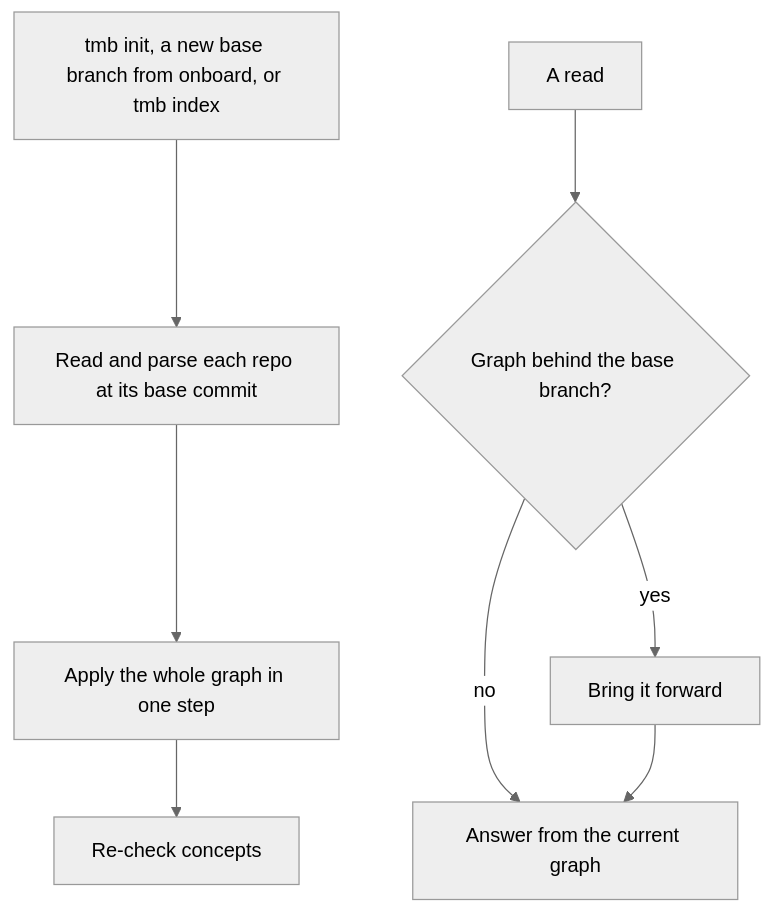
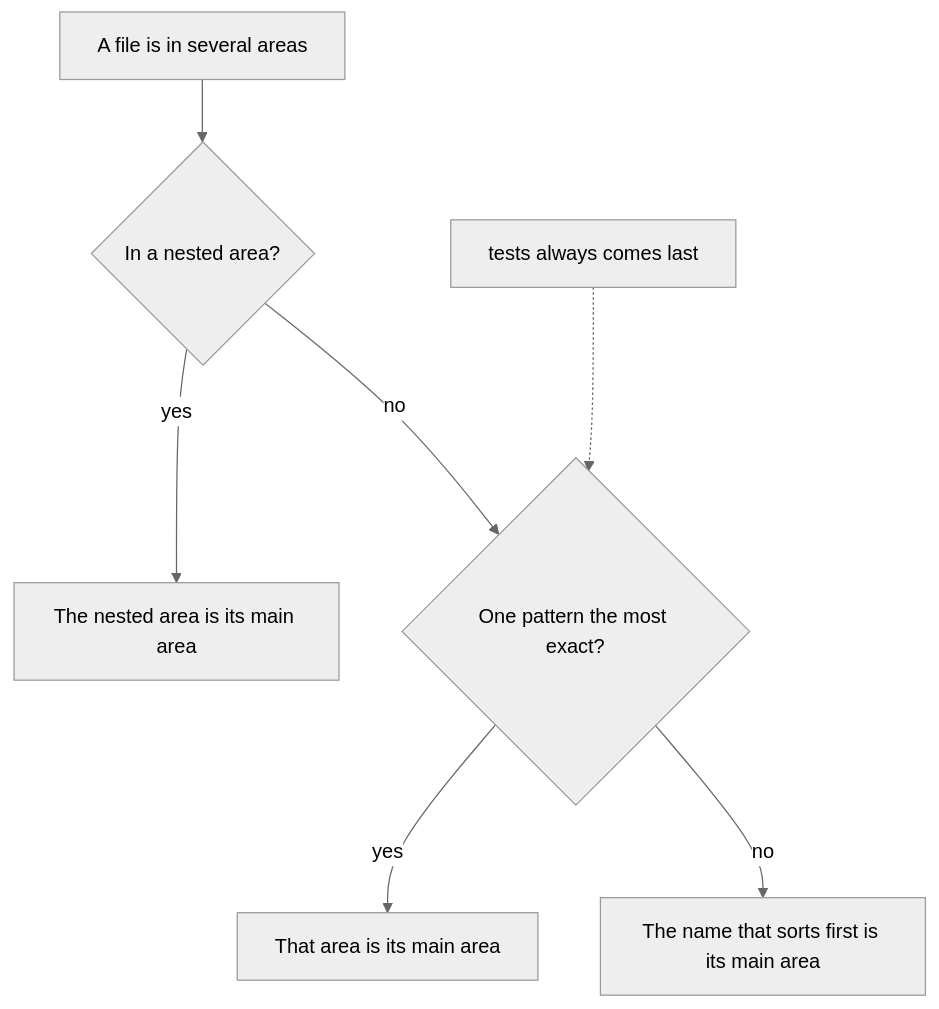
Before and after one commit to trustmybot/tmb: the eighth of 10 diagrams in docs/architecture/CODE_GRAPH.md, drawn with Mermaid (neutral theme). The commit also changed other lines of this file and 37 other files, not shown here.

````diff
--- a/docs/architecture/CODE_GRAPH.md
+++ b/docs/architecture/CODE_GRAPH.md
@@ -34,10 +681,9 @@
 ```mermaid
 flowchart TD
-    A[tmb init, a new base branch from onboard, or tmb index] --> B[Read and parse each repo at its base commit]
-    B --> C[Apply the whole graph in one step]
-    C --> D[Re-check concepts]
-    E[A read] --> F{Graph behind the base branch?}
-    F -- yes --> G[Bring it forward]
-    F -- no --> H[Answer from the current graph]
-    G --> H
+    A[A file is in several areas] --> B{In a nested area?}
+    B -- yes --> M1[The nested area is its main area]
+    B -- no --> C{One pattern the most exact?}
+    C -- yes --> M2[That area is its main area]
+    C -- no --> D[The name that sorts first is its main area]
+    T["tests always comes last"] -.-> C
 ```
````
